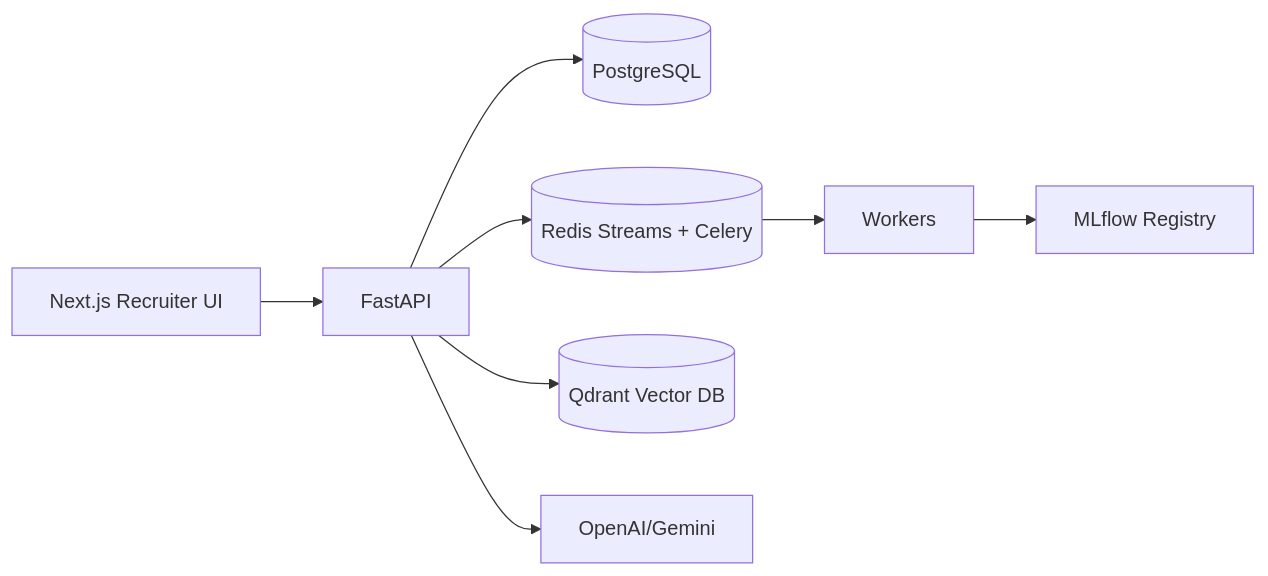
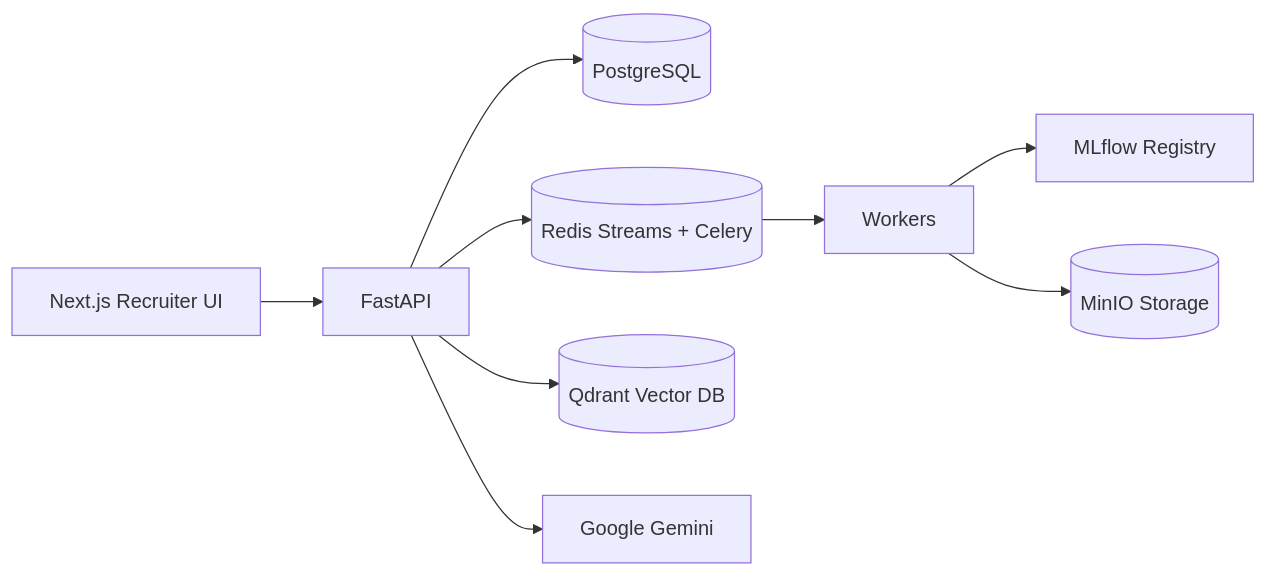
The diagram in README.md (joel8779/mlops-ai), drawn with Mermaid before and after one commit. The commit also changed other lines of this file and 26 other files, not shown here.

````diff
--- a/README.md
+++ b/README.md
@@ -23,10 +51,11 @@
 ```mermaid
 flowchart LR
   Web[Next.js Recruiter UI] --> API[FastAPI]
   API --> PG[(PostgreSQL)]
   API --> Redis[(Redis Streams + Celery)]
   API --> Qdrant[(Qdrant Vector DB)]
-  API --> LLM[OpenAI/Gemini]
+  API --> LLM[Google Gemini]
   Redis --> Worker[Workers]
   Worker --> MLflow[MLflow Registry]
+  Worker --> MinIO[(MinIO Storage)]
 ```
````
